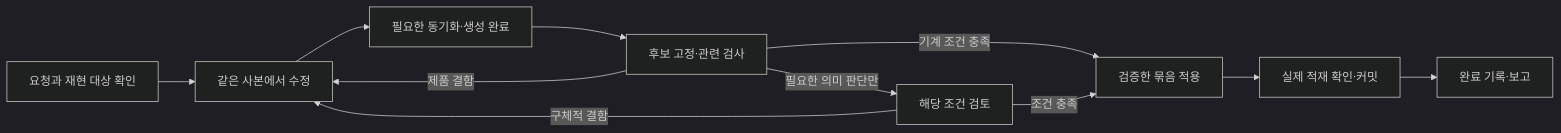
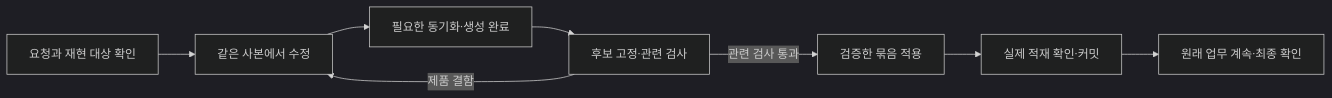
Before and after one commit to kangkukjin/indiebizOS: the diagram in docs/SELF_REPAIR_WORKSPACE_COMPLETION_DESIGN_2026_10_03.md, drawn with Mermaid (dark theme). The commit also changed other lines of this file and 34 other files, not shown here.

````diff
--- a/docs/SELF_REPAIR_WORKSPACE_COMPLETION_DESIGN_2026_10_03.md
+++ b/docs/SELF_REPAIR_WORKSPACE_COMPLETION_DESIGN_2026_10_03.md
@@ -90,13 +90,10 @@
 ```mermaid
 flowchart LR
     A[요청과 재현 대상 확인] --> B[같은 사본에서 수정]
     B --> C[필요한 동기화·생성 완료]
     C --> D[후보 고정·관련 검사]
     D -->|제품 결함| B
-    D -->|필요한 의미 판단만| E[해당 조건 검토]
-    E -->|구체적 결함| B
-    D -->|기계 조건 충족| F[검증한 묶음 적용]
-    E -->|조건 충족| F
+    D -->|관련 검사 통과| F[검증한 묶음 적용]
     F --> G[실제 적재 확인·커밋]
-    G --> H[완료 기록·보고]
+    G --> H[원래 업무 계속·최종 확인]
 ```
````
